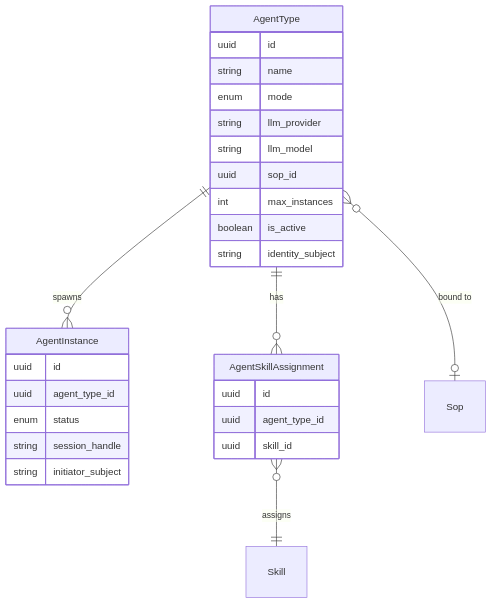
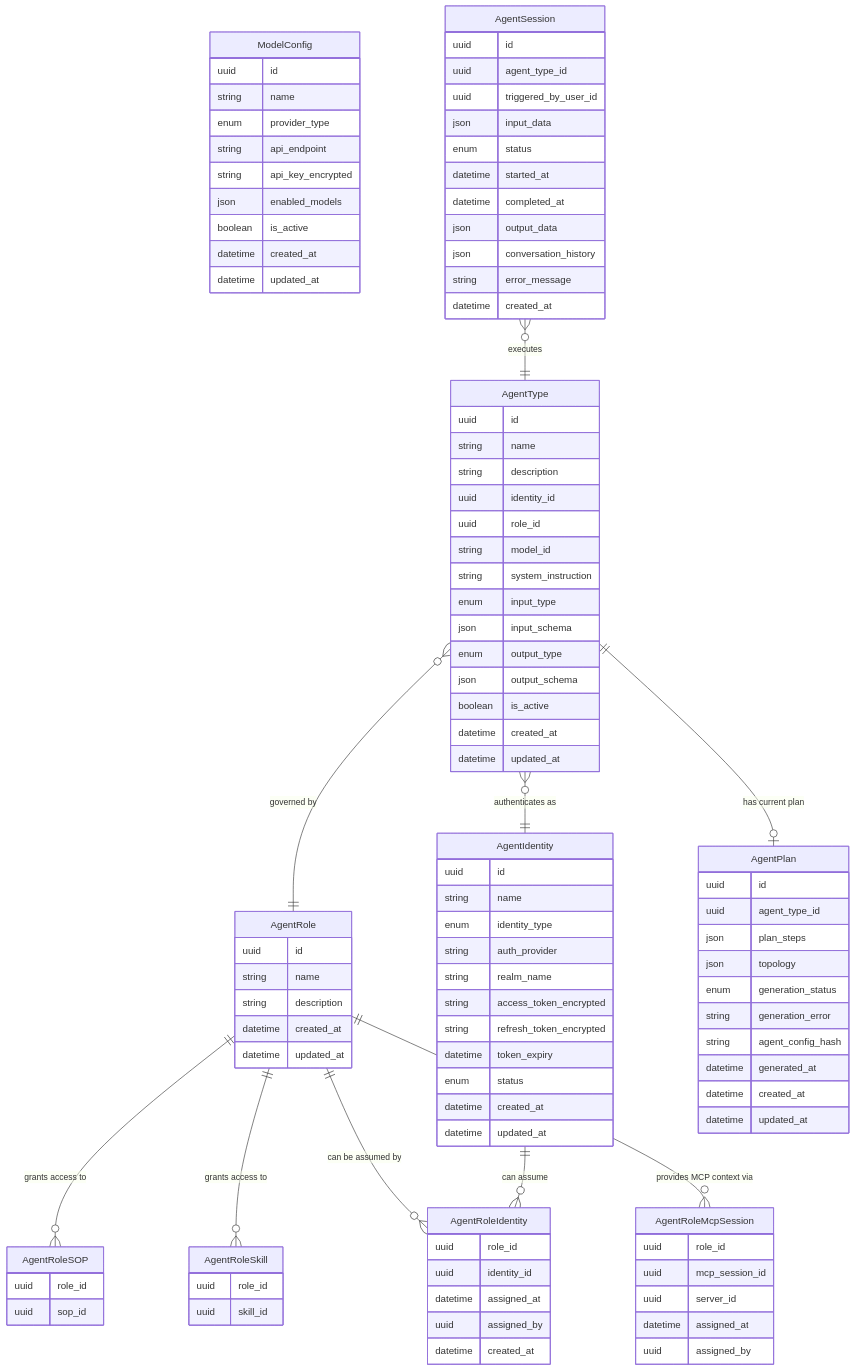
Before and after one commit to hurungang/parthenon: the fifth of 8 diagrams in docs/master/data-model/overview.md, drawn with Mermaid. The commit also changed other lines of this file and 175 other files, not shown here.

````diff
--- a/docs/master/data-model/overview.md
+++ b/docs/master/data-model/overview.md
@@ -295,31 +295,108 @@
 ```mermaid
 erDiagram
+    ModelConfig {
+        uuid id
+        string name
+        enum provider_type
+        string api_endpoint
+        string api_key_encrypted
+        json enabled_models
+        boolean is_active
+        datetime created_at
+        datetime updated_at
+    }
+    AgentRole {
+        uuid id
+        string name
+        string description
+        datetime created_at
+        datetime updated_at
+    }
+    AgentRoleIdentity {
+        uuid role_id
+        uuid identity_id
+        datetime assigned_at
+        uuid assigned_by
+        datetime created_at
+    }
+    AgentRoleSOP {
+        uuid role_id
+        uuid sop_id
+    }
+    AgentRoleSkill {
+        uuid role_id
+        uuid skill_id
+    }
+    AgentRoleMcpSession {
+        uuid role_id
+        uuid mcp_session_id
+        uuid server_id
+        datetime assigned_at
+        uuid assigned_by
+    }
+    AgentIdentity {
+        uuid id
+        string name
+        enum identity_type
+        string auth_provider
+        string realm_name
+        string access_token_encrypted
+        string refresh_token_encrypted
+        datetime token_expiry
+        enum status
+        datetime created_at
+        datetime updated_at
+    }
     AgentType {
         uuid id
         string name
-        enum mode
-        string llm_provider
-        string llm_model
-        uuid sop_id
-        int max_instances
+        string description
+        uuid identity_id
+        uuid role_id
+        string model_id
+        string system_instruction
+        enum input_type
+        json input_schema
+        enum output_type
+        json output_schema
         boolean is_active
-        string identity_subject
+        datetime created_at
+        datetime updated_at
     }
-    AgentInstance {
+    AgentSession {
         uuid id
         uuid agent_type_id
+        uuid triggered_by_user_id
+        json input_data
         enum status
-        string session_handle
-        string initiator_subject
+        datetime started_at
+        datetime completed_at
+        json output_data
+        json conversation_history
+        string error_message
+        datetime created_at
     }
-    AgentSkillAssignment {
+
+    AgentRole ||--o{ AgentRoleSOP : "grants access to"
+    AgentRole ||--o{ AgentRoleSkill : "grants access to"
+    AgentRole ||--o{ AgentRoleIdentity : "can be assumed by"
+    AgentRole ||--o{ AgentRoleMcpSession : "provides MCP context via"
+    AgentIdentity ||--o{ AgentRoleIdentity : "can assume"
+    AgentPlan {
         uuid id
         uuid agent_type_id
-        uuid skill_id
+        json plan_steps
+        json topology
+        enum generation_status
+        string generation_error
+        string agent_config_hash
+        datetime generated_at
+        datetime created_at
+        datetime updated_at
     }
 
-    AgentType ||--o{ AgentInstance : "spawns"
-    AgentType ||--o{ AgentSkillAssignment : "has"
-    AgentType }o--o| Sop : "bound to"
-    AgentSkillAssignment }o--|| Skill : "assigns"
+    AgentType }o--|| AgentRole : "governed by"
+    AgentType }o--|| AgentIdentity : "authenticates as"
+    AgentSession }o--|| AgentType : "executes"
+    AgentType ||--o| AgentPlan : "has current plan"
 ```
````
